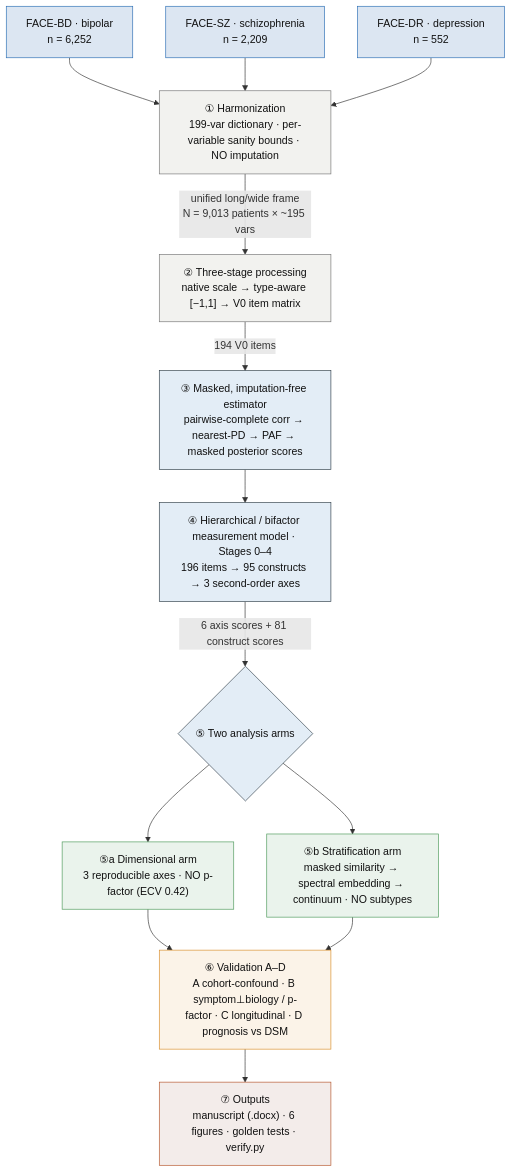
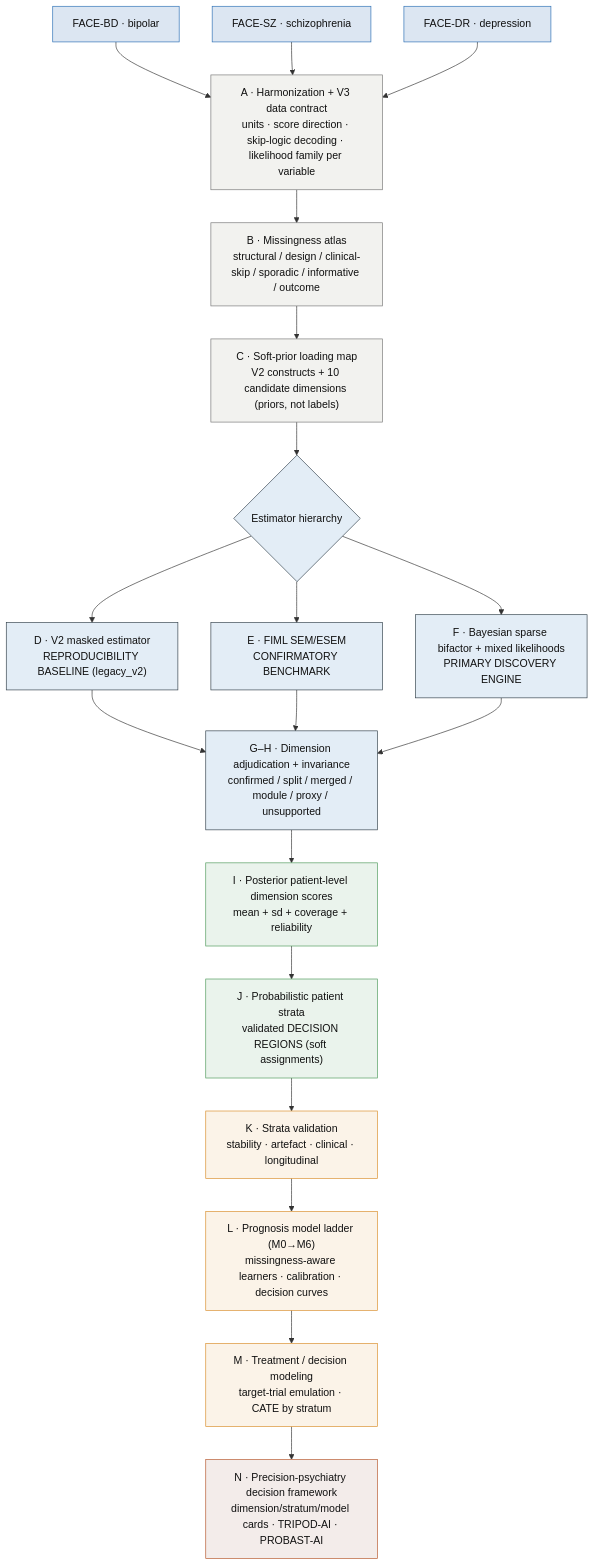
Before and after one commit to AndriiKulakovskyi/face-trans-diagnostic-phenotypes: the diagram in docs/PIPELINE.md, drawn with Mermaid. The commit also changed other lines of this file and 34 other files, not shown here.

````diff
--- a/docs/PIPELINE.md
+++ b/docs/PIPELINE.md
@@ -26,33 +27,36 @@
 ```mermaid
 flowchart TB
     classDef data  fill:#DCE6F2,stroke:#2C6FB5,color:#111
     classDef proc  fill:#F2F2EF,stroke:#777,color:#111
     classDef model fill:#E3EDF6,stroke:#33414b,color:#111
     classDef arm   fill:#EAF3EC,stroke:#4E9A5B,color:#111
     classDef val   fill:#FBF3E8,stroke:#D98E2B,color:#111
     classDef out   fill:#F3ECEA,stroke:#B5562B,color:#111
 
-    BP["FACE-BD · bipolar<br/>n = 6,252"]:::data
-    SZ["FACE-SZ · schizophrenia<br/>n = 2,209"]:::data
-    DR["FACE-DR · depression<br/>n = 552"]:::data
-
+    BP["FACE-BD · bipolar"]:::data
+    SZ["FACE-SZ · schizophrenia"]:::data
+    DR["FACE-DR · depression"]:::data
     BP --> H
     SZ --> H
     DR --> H
 
-    H["① Harmonization<br/>199-var dictionary · per-variable sanity bounds · NO imputation"]:::proc
-    H -->|"unified long/wide frame<br/>N = 9,013 patients × ~195 vars"| P
-    P["② Three-stage processing<br/>native scale → type-aware [−1,1] → V0 item matrix"]:::proc
-    P -->|"194 V0 items"| E
-    E["③ Masked, imputation-free estimator<br/>pairwise-complete corr → nearest-PD → PAF → masked posterior scores"]:::model
-    E --> M
-    M["④ Hierarchical / bifactor measurement model · Stages 0–4<br/>196 items → 95 constructs → 3 second-order axes"]:::model
-    M -->|"6 axis scores + 81 construct scores"| ARM{"⑤ Two analysis arms"}
-    ARM:::model
-    ARM --> DIMA["⑤a Dimensional arm<br/>3 reproducible axes · NO p-factor (ECV 0.42)"]:::arm
-    ARM --> STRA["⑤b Stratification arm<br/>masked similarity → spectral embedding → continuum · NO subtypes"]:::arm
-    DIMA --> V
-    STRA --> V
-    V["⑥ Validation A–D<br/>A cohort-confound · B symptom⊥biology / p-factor · C longitudinal · D prognosis vs DSM"]:::val
-    V --> O["⑦ Outputs<br/>manuscript (.docx) · 6 figures · golden tests · verify.py"]:::out
+    H["A · Harmonization + V3 data contract<br/>units · score direction · skip-logic decoding · likelihood family per variable"]:::proc
+    H --> MISS["B · Missingness atlas<br/>structural / design / clinical-skip / sporadic / informative / outcome"]:::proc
+    MISS --> PRIOR["C · Soft-prior loading map<br/>V2 constructs + 10 candidate dimensions (priors, not labels)"]:::proc
+    PRIOR --> EST{"Estimator hierarchy"}:::model
+
+    EST --> BENCH["D · V2 masked estimator<br/>REPRODUCIBILITY BASELINE (legacy_v2)"]:::model
+    EST --> FIML["E · FIML SEM/ESEM<br/>CONFIRMATORY BENCHMARK"]:::model
+    EST --> BAYES["F · Bayesian sparse bifactor + mixed likelihoods<br/>PRIMARY DISCOVERY ENGINE"]:::model
+
+    BENCH --> ADJ
+    FIML --> ADJ
+    BAYES --> ADJ
+    ADJ["G–H · Dimension adjudication + invariance<br/>confirmed / split / merged / module / proxy / unsupported"]:::model
+    ADJ --> SCORE["I · Posterior patient-level dimension scores<br/>mean + sd + coverage + reliability"]:::arm
+    SCORE --> STRATA["J · Probabilistic patient strata<br/>validated DECISION REGIONS (soft assignments)"]:::arm
+    STRATA --> KVAL["K · Strata validation<br/>stability · artefact · clinical · longitudinal"]:::val
+    KVAL --> PROG["L · Prognosis model ladder (M0→M6)<br/>missingness-aware learners · calibration · decision curves"]:::val
+    PROG --> TREAT["M · Treatment / decision modeling<br/>target-trial emulation · CATE by stratum"]:::val
+    TREAT --> O["N · Precision-psychiatry decision framework<br/>dimension/stratum/model cards · TRIPOD-AI · PROBAST-AI"]:::out
 ```
````
